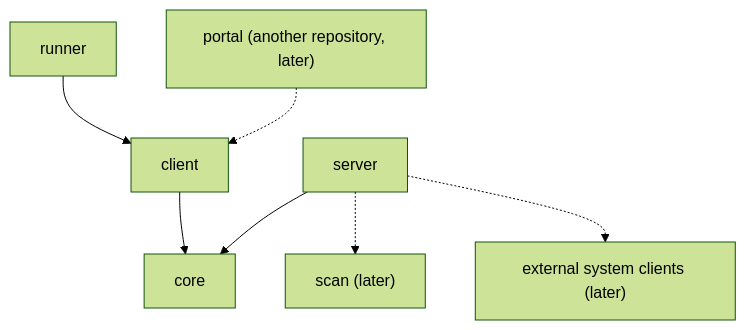
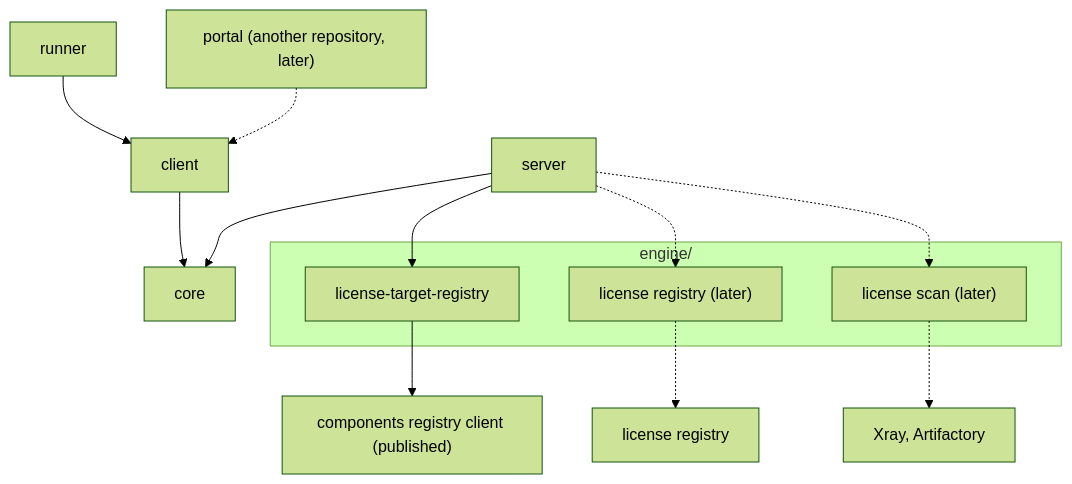
Before and after one commit to octopusden/octopus-license-service: the diagram in docs/architecture.md, drawn with Mermaid (forest theme). The commit also changed other lines of this file and 56 other files, not shown here.

First line of the commit message:
Resolve the license target and exclusions from the components registry (#2)

````diff
--- a/docs/architecture.md
+++ b/docs/architecture.md
@@ -7,9 +7,18 @@
 ```mermaid
 flowchart TD
     runner --> client
     portal["portal (another repository, later)"] -.-> client
     client --> core
     server --> core
-    server -.-> scan["scan (later)"]
-    server -.-> ext["external system clients (later)"]
+    server --> target
+    server -.-> rules
+    server -.-> scan
+    subgraph engine["engine/"]
+        target["license-target-registry"]
+        rules["license registry (later)"]
+        scan["license scan (later)"]
+    end
+    target --> crs["components registry client (published)"]
+    rules -.-> lr["license registry"]
+    scan -.-> xray["Xray, Artifactory"]
 ```
````
